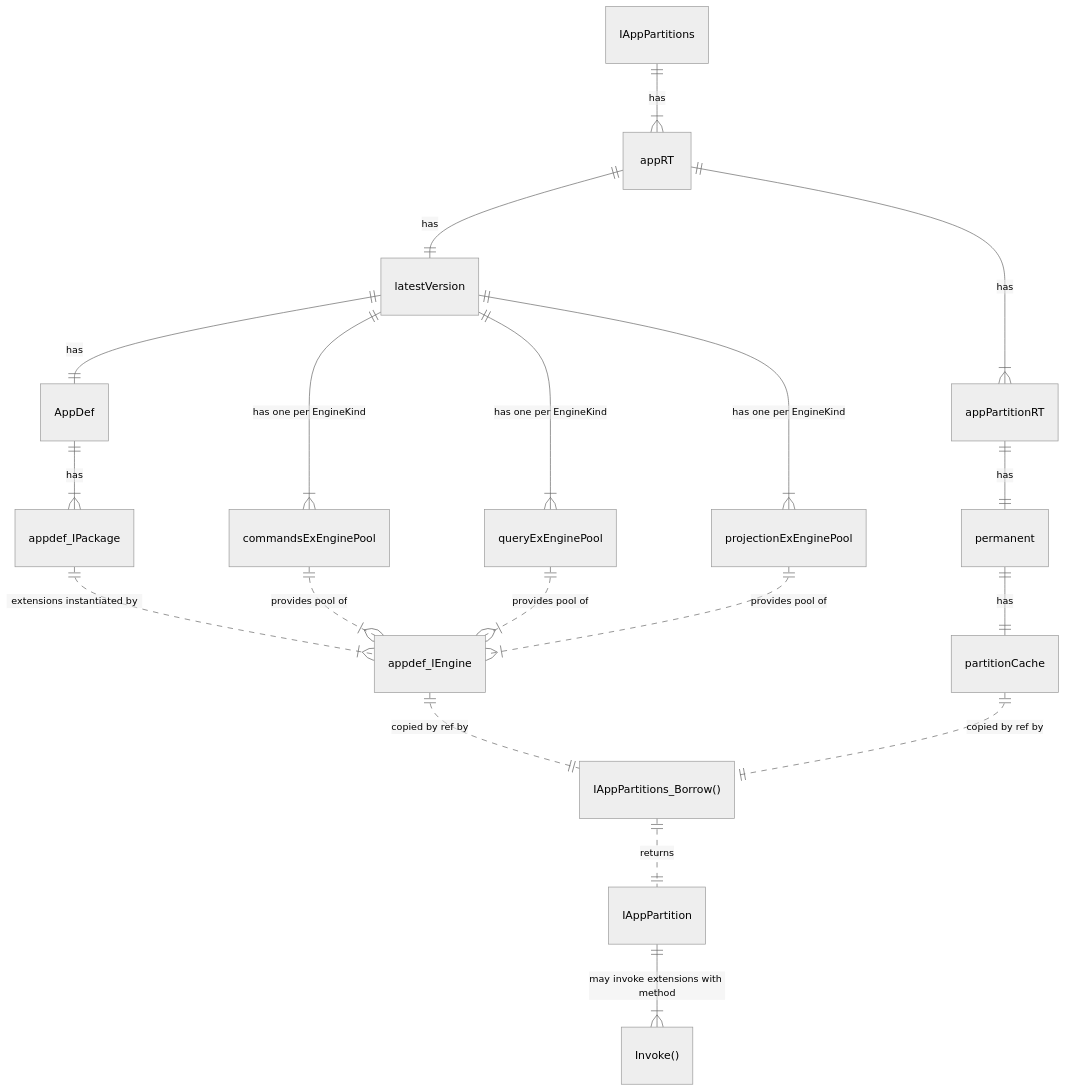
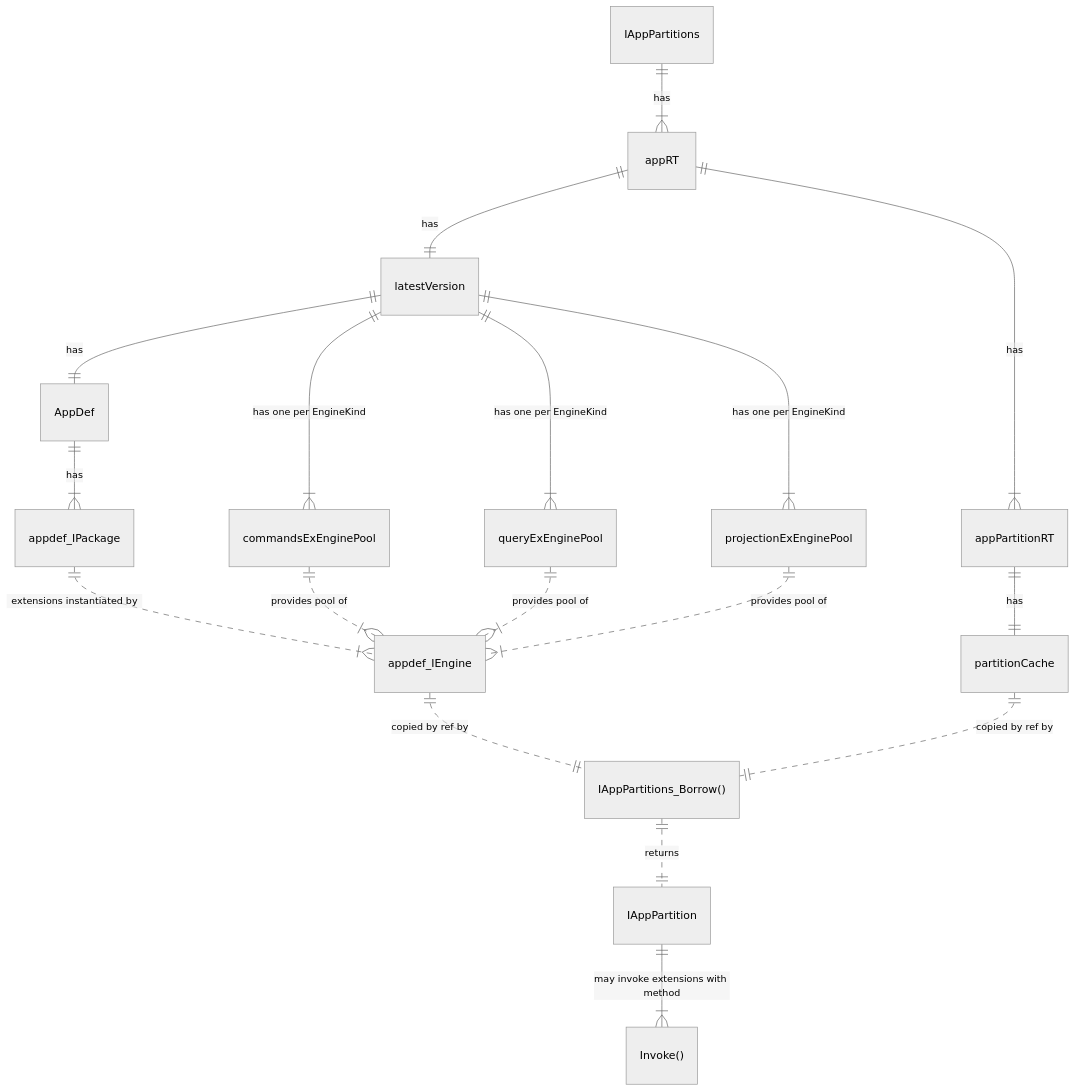
One commit to voedger/voedger changed the fifth of 13 diagrams in design/README.md. Above: the diagram before and after it, drawn with Mermaid (neutral theme). The commit also changed other lines of this file and 2 other files, not shown here.

````diff
--- a/design/README.md
+++ b/design/README.md
@@ -184,31 +162,30 @@
 ```mermaid
     erDiagram
 
     IAppPartitions ||--|{ appRT : "has"
 
     appRT ||--|{ appPartitionRT : "has"
 
     appRT ||--|| latestVersion : "has"
-    appPartitionRT ||--|| permanent : "has"
+    appPartitionRT ||--|| partitionCache : "has"
 
     latestVersion ||--|| AppDef : "has"
     latestVersion  ||--|{ commandsExEnginePool : "has one per EngineKind"
     latestVersion  ||--|{ queryExEnginePool : "has one per EngineKind"
     latestVersion  ||--|{ projectionExEnginePool : "has one per EngineKind"
-    permanent  ||--|| partitionCache: "has"
 
 
     AppDef ||--|{ appdef_IPackage : "has"
     appdef_IPackage ||..|{ appdef_IEngine: "extensions instantiated by"
 
     appdef_IEngine ||..|| "IAppPartitions_Borrow()": "copied by ref by"
     
     commandsExEnginePool ||..|{ "appdef_IEngine": "provides pool of"
     queryExEnginePool ||..|{ "appdef_IEngine": "provides pool of"
     projectionExEnginePool ||..|{ "appdef_IEngine": "provides pool of"
     partitionCache ||..|| "IAppPartitions_Borrow()": "copied by ref by"
 
     "IAppPartitions_Borrow()" ||..|| "IAppPartition": "returns"
 
     IAppPartition ||--|{ "Invoke()" : "may invoke extensions with method"
 ```
````
